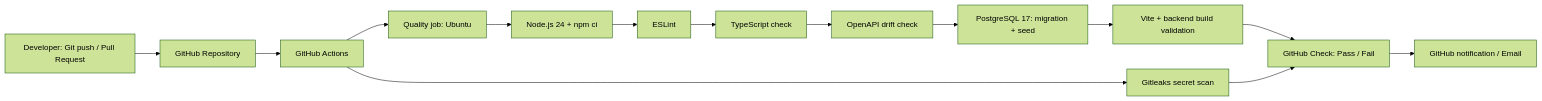
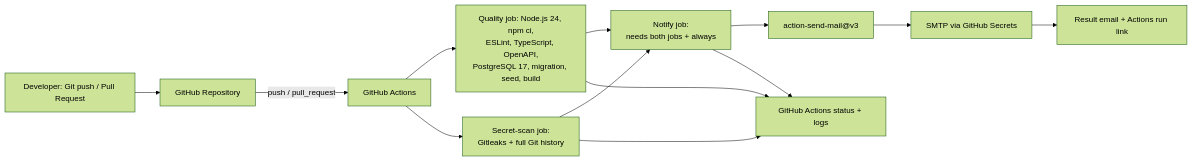
The diagram in docs/Oral_Exam/Q13_continuous-integration/Q13_continuous-integration.md (tnnhuaa/InterviewQuestionBank), drawn with Mermaid (forest theme) before and after one commit. The commit also changed other lines of this file and 1 other file, not shown here.

Commit message:
fix: model for q13

```diff
--- a/docs/Oral_Exam/Q13_continuous-integration/Q13_continuous-integration.md
+++ b/docs/Oral_Exam/Q13_continuous-integration/Q13_continuous-integration.md
@@ -11,16 +11,15 @@
 ~~~mermaid
 flowchart LR
     A[Developer: Git push / Pull Request] --> B[GitHub Repository]
-    B --> C[GitHub Actions]
-    C --> D[Quality job: Ubuntu]
-    D --> E[Node.js 24 + npm ci]
-    E --> F[ESLint]
-    F --> G[TypeScript check]
-    G --> H[OpenAPI drift check]
-    H --> I[PostgreSQL 17: migration + seed]
-    I --> J[Vite + backend build validation]
-    C --> K[Gitleaks secret scan]
-    J --> L[GitHub Check: Pass / Fail]
-    K --> L
-    L --> M[GitHub notification / Email]
+    B -->|push / pull_request| C[GitHub Actions]
+    C --> D[Quality job: Node.js 24, npm ci,<br/>ESLint, TypeScript, OpenAPI,<br/>PostgreSQL 17, migration, seed, build]
+    C --> E[Secret-scan job:<br/>Gitleaks + full Git history]
+    D --> F[Notify job:<br/>needs both jobs + always]
+    E --> F
+    F --> G["action-send-mail@v3"]
+    G --> H[SMTP via GitHub Secrets]
+    H --> I[Result email + Actions run link]
+    D --> J[GitHub Actions status + logs]
+    E --> J
+    F --> J
 ~~~
```
